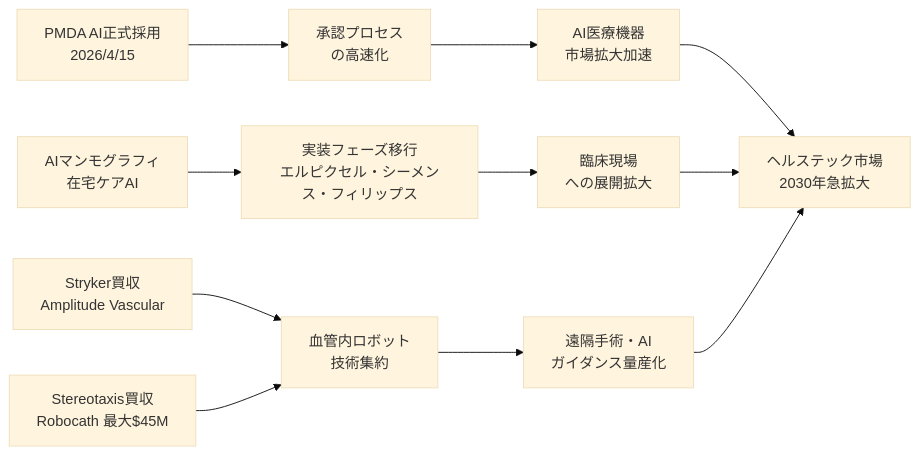
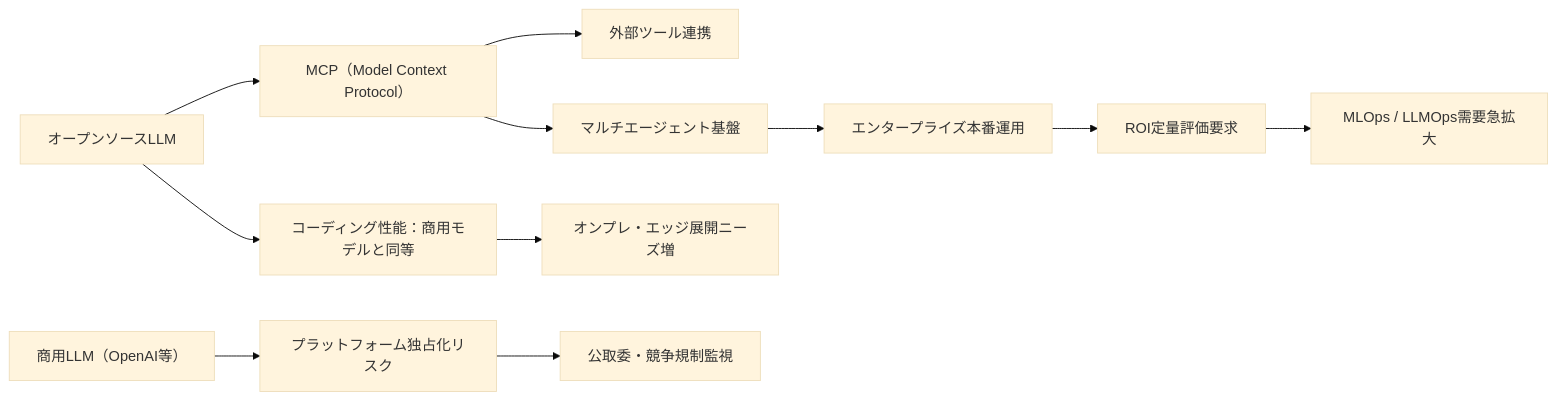
Before and after one commit to AtsushiSaito1980/trend-report: the third of 3 diagrams in workspace/outputs/tech_analysis.md, drawn with Mermaid (base theme). The commit also changed other lines of this file and 4 other files, not shown here.

````diff
--- a/workspace/outputs/tech_analysis.md
+++ b/workspace/outputs/tech_analysis.md
@@ -33,16 +80,13 @@
 ```mermaid
 graph LR
-  A[PMDA AI正式採用\n2026/4/15] --> B[承認プロセス\nの高速化]
-  B --> C[AI医療機器\n市場拡大加速]
-
-  D[AIマンモグラフィ\n在宅ケアAI] --> E[実装フェーズ移行\nエルピクセル・シーメンス・フィリップス]
-  E --> F[臨床現場\nへの展開拡大]
-
-  G[Stryker買収\nAmplitude Vascular] --> H[血管内ロボット\n技術集約]
-  I[Stereotaxis買収\nRobocath 最大$45M] --> H
-  H --> J[遠隔手術・AI\nガイダンス量産化]
-
-  C --> K[ヘルステック市場\n2030年急拡大]
-  F --> K
-  J --> K
+  A["オープンソースLLM"] --> B["MCP（Model Context Protocol）"]
+  B --> C["外部ツール連携"]
+  B --> D["マルチエージェント基盤"]
+  D --> E["エンタープライズ本番運用"]
+  E --> F["ROI定量評価要求"]
+  F --> G["MLOps / LLMOps需要急拡大"]
+  H["商用LLM（OpenAI等）"] --> I["プラットフォーム独占化リスク"]
+  I --> J["公取委・競争規制監視"]
+  A --> K["コーディング性能：商用モデルと同等"]
+  K --> L["オンプレ・エッジ展開ニーズ増"]
 ```
````
